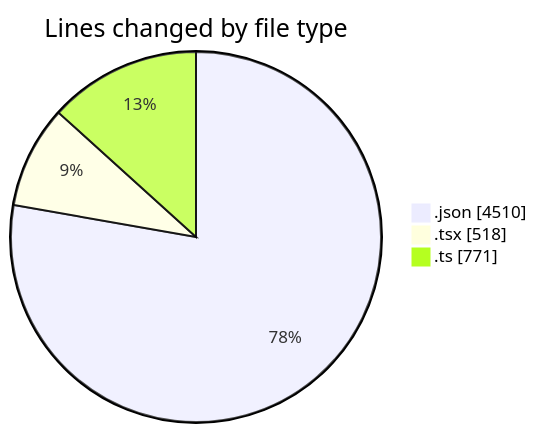
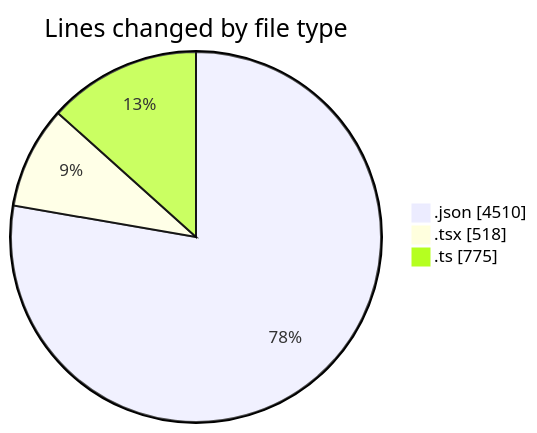
The first of 2 diagrams in 2025-05-05/ecodeli/README.md (CELIANVF/code-tracking), drawn with Mermaid before and after one commit. The commit also changed other lines of this file and 1 other file, not shown here.

````diff
--- a/2025-05-05/ecodeli/README.md
+++ b/2025-05-05/ecodeli/README.md
@@ -25,7 +25,7 @@
 ```mermaid
 pie showData
 title Lines changed by file type
 ".json" : 4510
 ".tsx" : 518
-".ts" : 771
+".ts" : 775
 ```
````
